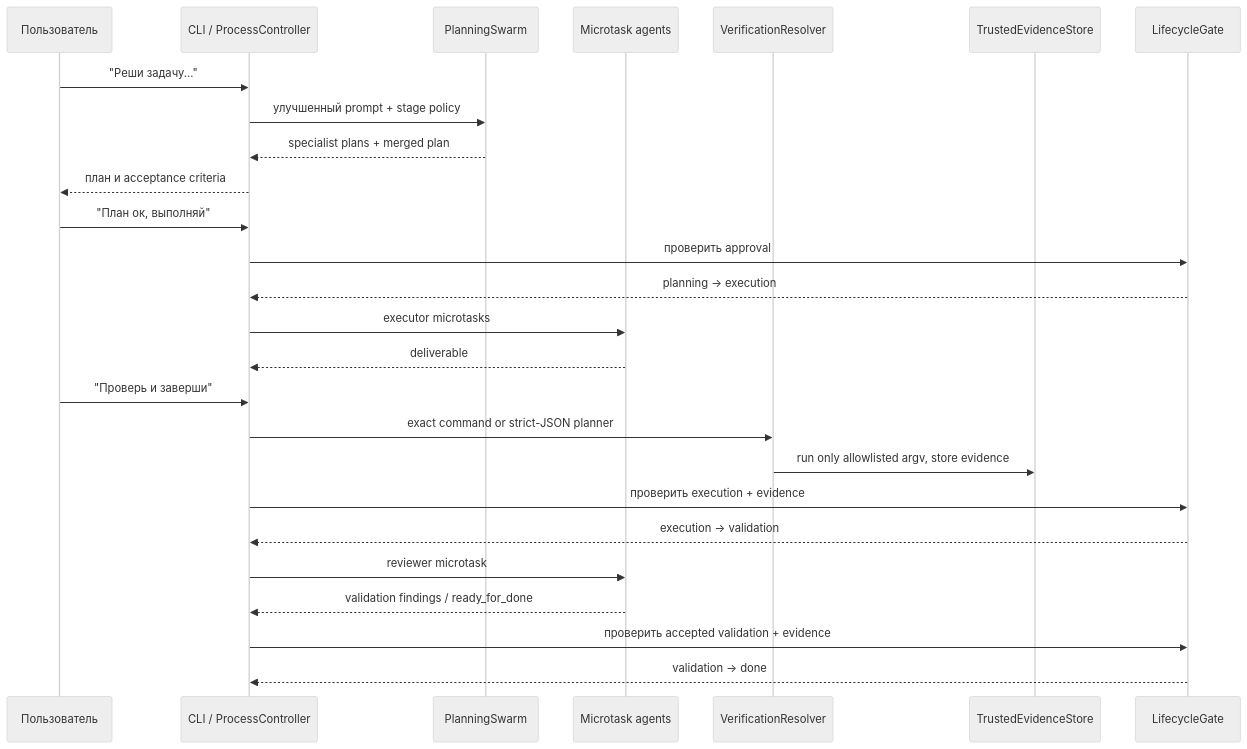
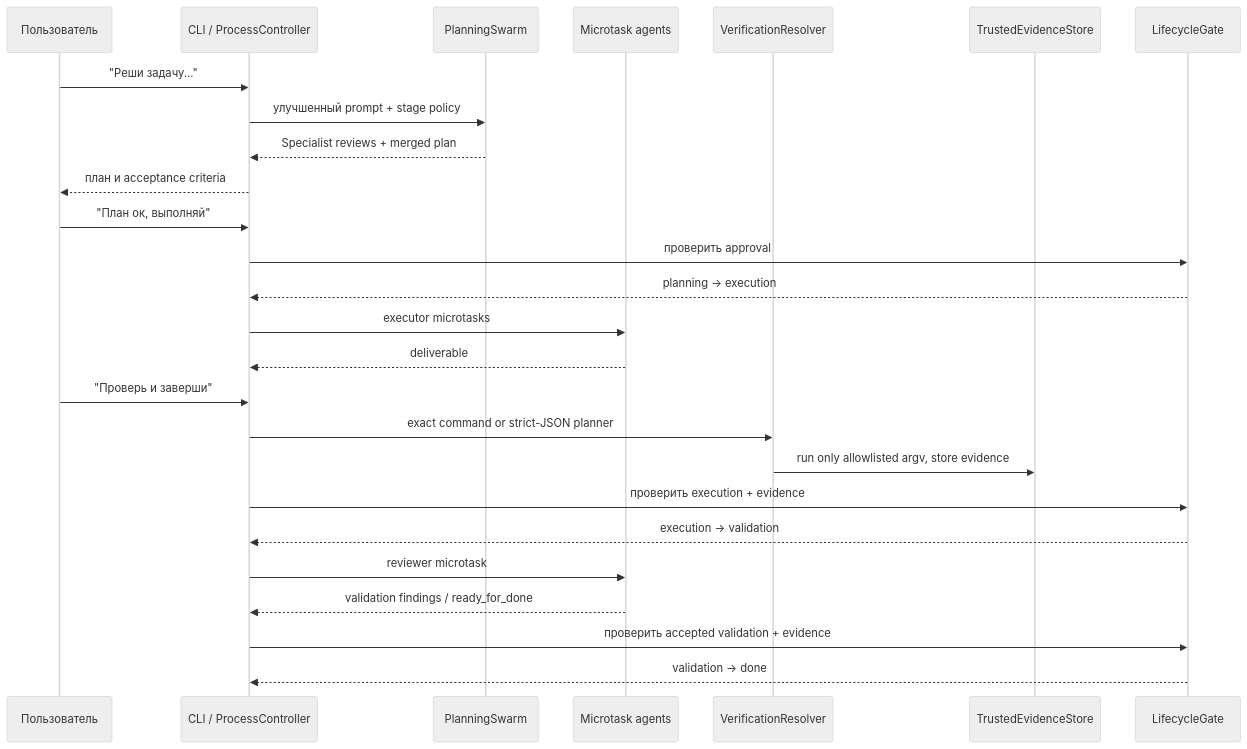
Before and after one commit to nikbrik/coding_writer: diagram 15 of 15 in README.md, drawn with Mermaid (neutral theme). The commit also changed other lines of this file and 24 other files, not shown here.

````diff
--- a/README.md
+++ b/README.md
@@ -386,29 +551,29 @@
 ```mermaid
 sequenceDiagram
     participant U as Пользователь
     participant C as CLI / ProcessController
     participant P as PlanningSwarm
     participant A as Microtask agents
     participant R as VerificationResolver
     participant E as TrustedEvidenceStore
     participant G as LifecycleGate
 
     U->>C: "Реши задачу..."
     C->>P: улучшенный prompt + stage policy
-    P-->>C: specialist plans + merged plan
+    P-->>C: Specialist reviews + merged plan
     C-->>U: план и acceptance criteria
     U->>C: "План ок, выполняй"
     C->>G: проверить approval
     G-->>C: planning -> execution
     C->>A: executor microtasks
     A-->>C: deliverable
     U->>C: "Проверь и заверши"
     C->>R: exact command or strict-JSON planner
     R->>E: run only allowlisted argv, store evidence
     C->>G: проверить execution + evidence
     G-->>C: execution -> validation
     C->>A: reviewer microtask
     A-->>C: validation findings / ready_for_done
     C->>G: проверить accepted validation + evidence
     G-->>C: validation -> done
 ```
````
